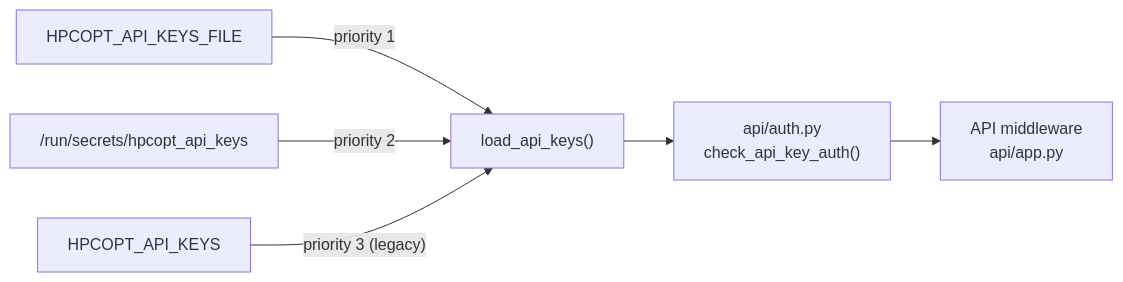
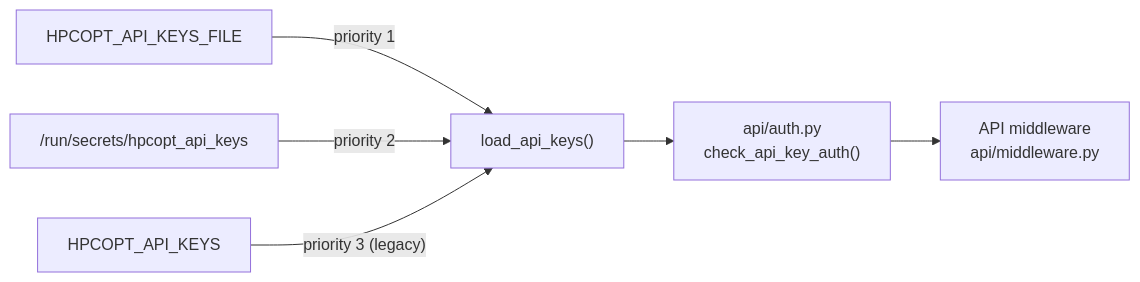
Before and after one commit to ErenAri/HCP-workload-optimizer: the diagram in docs/security/secrets-management.md, drawn with Mermaid. The commit also changed 3 other files, not shown here.

````diff
--- a/docs/security/secrets-management.md
+++ b/docs/security/secrets-management.md
@@ -13,8 +13,8 @@
 ```mermaid
 flowchart LR
   F1["HPCOPT_API_KEYS_FILE"] -->|"priority 1"| LOAD["load_api_keys()"]
   F2["/run/secrets/hpcopt_api_keys"] -->|"priority 2"| LOAD
   F3["HPCOPT_API_KEYS"] -->|"priority 3 (legacy)"| LOAD
   LOAD --> AUTH["api/auth.py\ncheck_api_key_auth()"]
-  AUTH --> MW["API middleware\napi/app.py"]
+  AUTH --> MW["API middleware\napi/middleware.py"]
 ```
````
